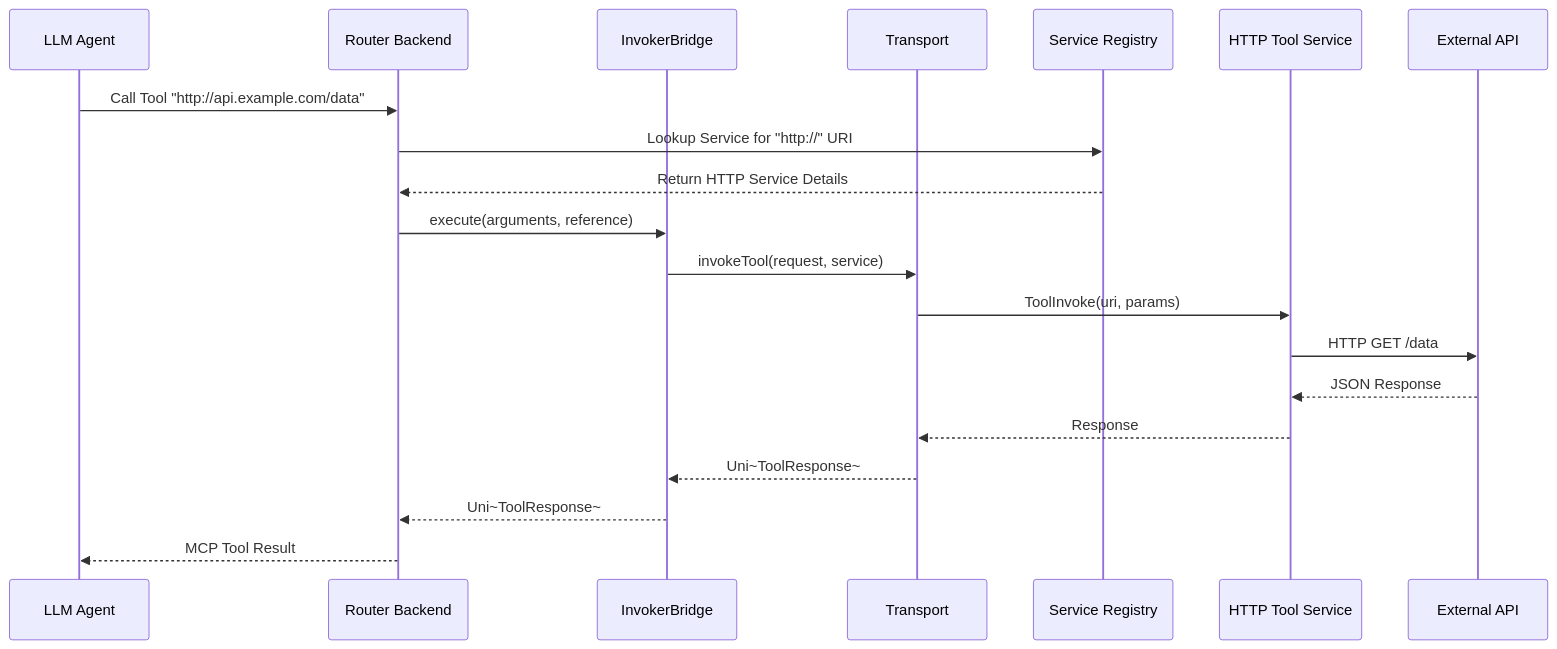
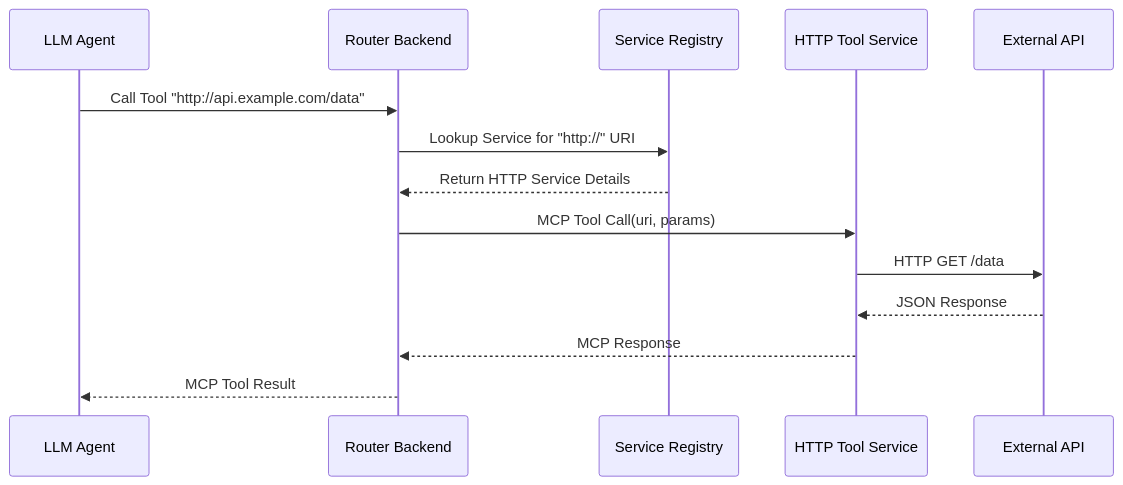
The third of 11 diagrams in docs/architecture.md (orpiske/wanaku-barn), drawn with Mermaid before and after one commit. The commit also changed other lines of this file and 4 other files, not shown here.

First line of the commit message:
chore: fix docs to reflect MCP-based router-to-capability communication

````diff
--- a/docs/architecture.md
+++ b/docs/architecture.md
@@ -190,23 +181,17 @@
 ```mermaid
 sequenceDiagram
     participant LLM as LLM Agent
     participant Router as Router Backend
-    participant Bridge as InvokerBridge
-    participant Transport as Transport
     participant Registry as Service Registry
     participant ToolSvc as HTTP Tool Service
     participant API as External API
 
     LLM->>Router: Call Tool "http://api.example.com/data"
     Router->>Registry: Lookup Service for "http://" URI
     Registry-->>Router: Return HTTP Service Details
-    Router->>Bridge: execute(arguments, reference)
-    Bridge->>Transport: invokeTool(request, service)
-    Transport->>ToolSvc: ToolInvoke(uri, params)
+    Router->>ToolSvc: MCP Tool Call(uri, params)
     ToolSvc->>API: HTTP GET /data
     API-->>ToolSvc: JSON Response
-    ToolSvc-->>Transport: Response
-    Transport-->>Bridge: Uni~ToolResponse~
-    Bridge-->>Router: Uni~ToolResponse~
+    ToolSvc-->>Router: MCP Response
     Router-->>LLM: MCP Tool Result
 ```
````
